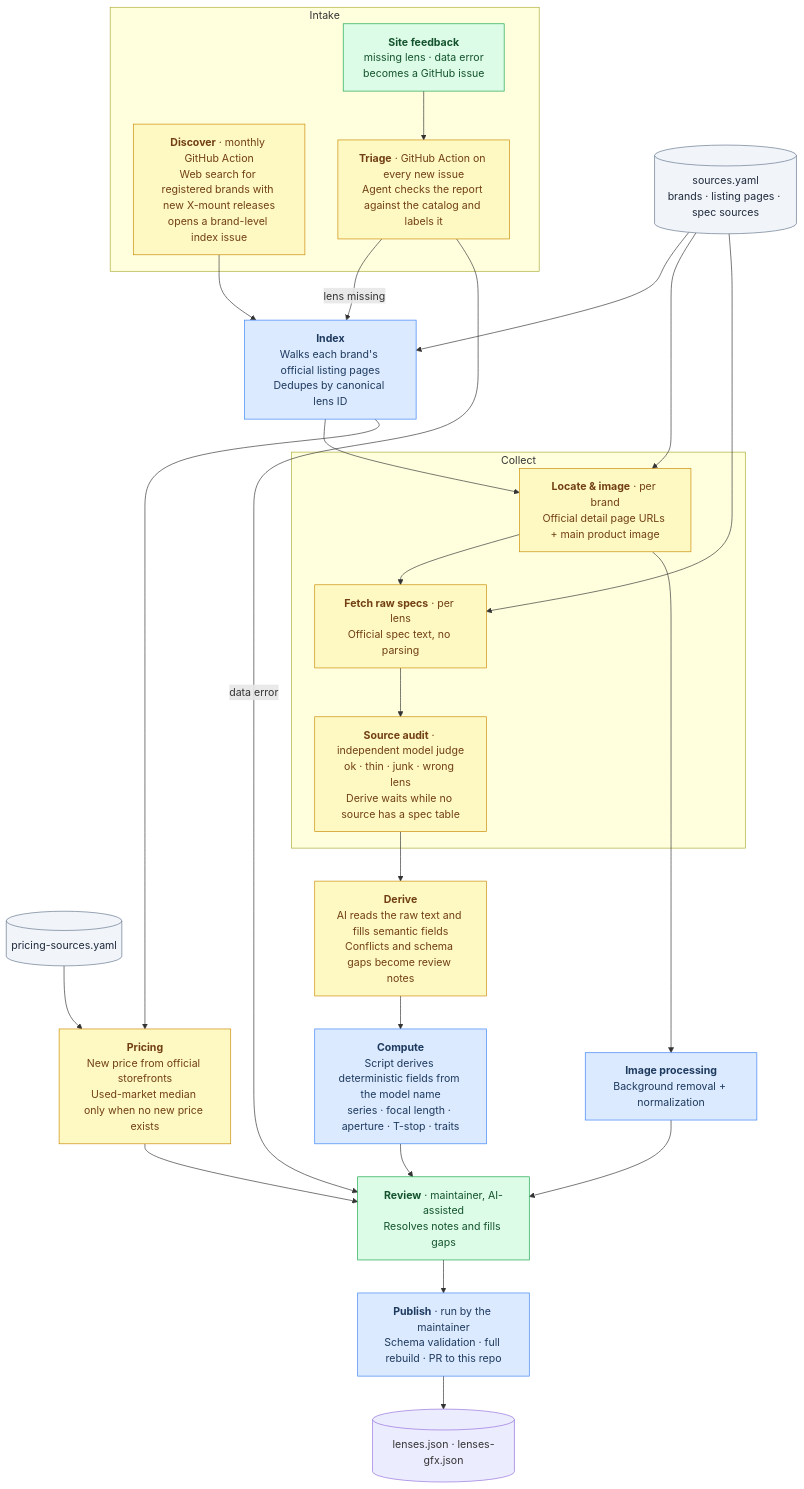
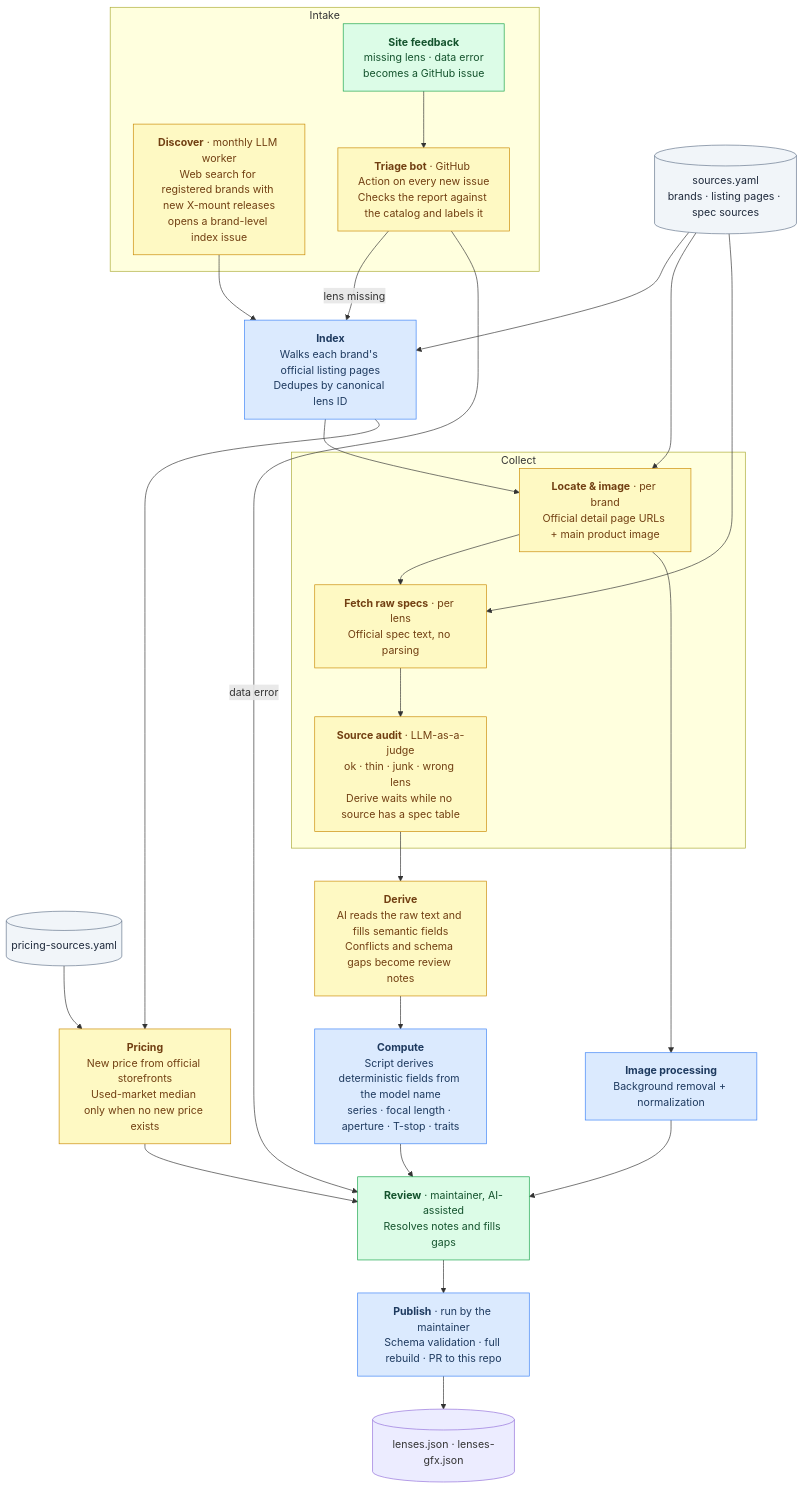
Before and after one commit to sentacraft/atlens: the second of 3 diagrams in README.md, drawn with Mermaid. The commit also changed other lines of this file, not shown here.

````diff
--- a/README.md
+++ b/README.md
@@ -115,48 +119,48 @@
 ```mermaid
 flowchart TD
   subgraph intake["Intake"]
-    DISC["<b>Discover</b> · monthly GitHub Action<br/>Web search for registered brands with new X-mount releases<br/>opens a brand-level index issue"]
+    DISC["<b>Discover</b> · monthly LLM worker<br/>Web search for registered brands with new X-mount releases<br/>opens a brand-level index issue"]
     FEED["<b>Site feedback</b><br/>missing lens · data error<br/>becomes a GitHub issue"]
-    TRI["<b>Triage</b> · GitHub Action on every new issue<br/>Agent checks the report against the catalog and labels it"]
+    TRI["<b>Triage bot</b> · GitHub Action on every new issue<br/>Checks the report against the catalog and labels it"]
   end
 
   SOURCES[("sources.yaml<br/>brands · listing pages · spec sources")]
   PSOURCES[("pricing-sources.yaml")]
 
   IDX["<b>Index</b><br/>Walks each brand's official listing pages<br/>Dedupes by canonical lens ID"]
 
   subgraph collect["Collect"]
     C1["<b>Locate & image</b> · per brand<br/>Official detail page URLs + main product image"]
     C2["<b>Fetch raw specs</b> · per lens<br/>Official spec text, no parsing"]
-    AUDIT["<b>Source audit</b> · independent model judge<br/>ok · thin · junk · wrong lens<br/>Derive waits while no source has a spec table"]
+    AUDIT["<b>Source audit</b> · LLM-as-a-judge<br/>ok · thin · junk · wrong lens<br/>Derive waits while no source has a spec table"]
   end
 
   DER["<b>Derive</b><br/>AI reads the raw text and fills semantic fields<br/>Conflicts and schema gaps become review notes"]
   CMP["<b>Compute</b><br/>Script derives deterministic fields from the model name<br/>series · focal length · aperture · T-stop · traits"]
   PRC["<b>Pricing</b><br/>New price from official storefronts<br/>Used-market median only when no new price exists"]
   IMG["<b>Image processing</b><br/>Background removal + normalization"]
   REV["<b>Review</b> · maintainer, AI-assisted<br/>Resolves notes and fills gaps"]
   PUB["<b>Publish</b> · run by the maintainer<br/>Schema validation · full rebuild · PR to this repo"]
   DB[("lenses.json · lenses-gfx.json")]
 
   DISC --> IDX
   FEED --> TRI
   TRI -->|"lens missing"| IDX
   TRI -->|"data error"| REV
   SOURCES --> IDX & C1 & C2
   PSOURCES --> PRC
   IDX --> C1 --> C2 --> AUDIT --> DER --> CMP --> REV
   IDX --> PRC --> REV
   C1 --> IMG --> REV
   REV --> PUB --> DB
 
   classDef script fill:#dbeafe,stroke:#3b82f6,color:#1e3a5f
   classDef agent fill:#fef9c3,stroke:#ca8a04,color:#713f12
   classDef human fill:#dcfce7,stroke:#16a34a,color:#14532d
   classDef config fill:#f1f5f9,stroke:#64748b,color:#1e293b
 
   class IDX,CMP,IMG,PUB script
   class DISC,TRI,C1,C2,AUDIT,DER,PRC agent
   class FEED,REV human
   class SOURCES,PSOURCES config
 ```
````
